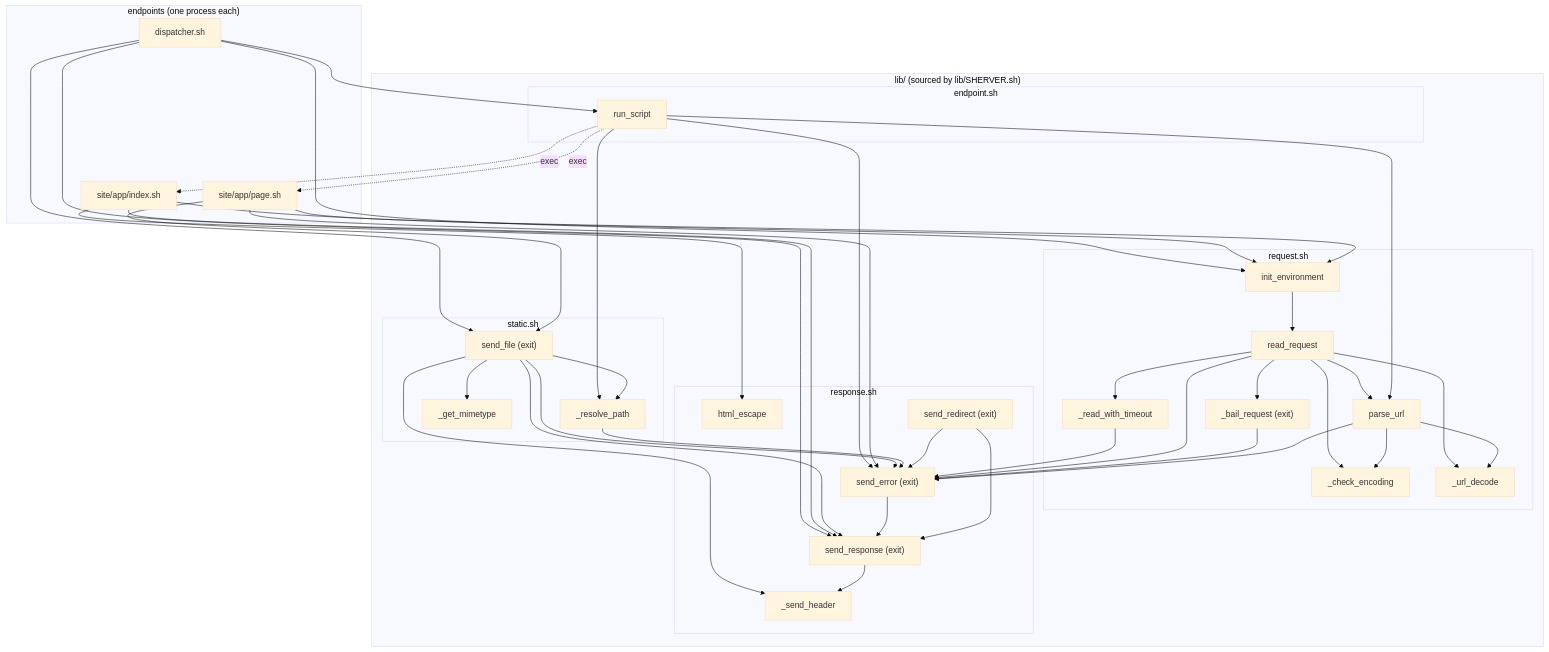
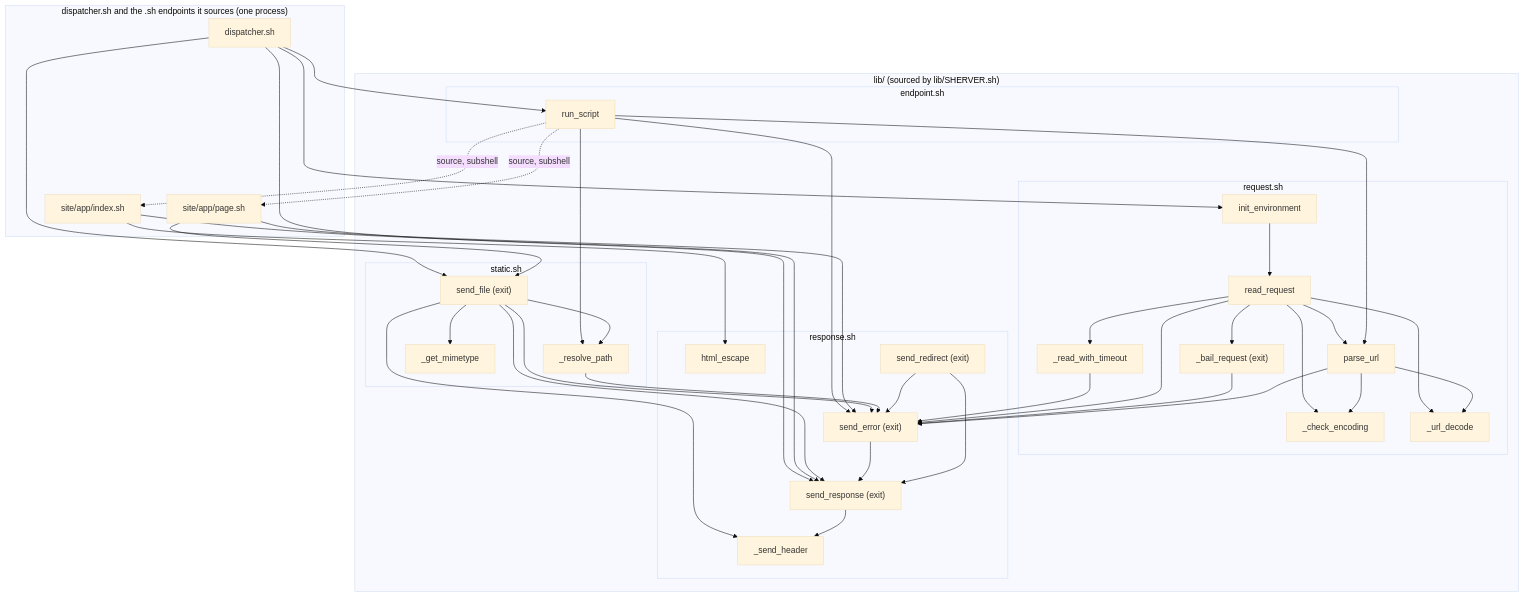
Before and after one commit to remileduc/sherver: the diagram in docs/call-graph.md, drawn with Mermaid (base theme). The commit also changed other lines of this file and 11 other files, not shown here.

First line of the commit message:
CGI 1.1 - Step 2: source bash endpoints

````diff
--- a/docs/call-graph.md
+++ b/docs/call-graph.md
@@ -40,77 +44,75 @@
 ```mermaid
 flowchart TD
-    subgraph endpoints ["endpoints (one process each)"]
+    subgraph endpoints ["dispatcher.sh and the .sh endpoints it sources (one process)"]
         dispatcher[dispatcher.sh]
         index[site/app/index.sh]
         page[site/app/page.sh]
     end
 
     subgraph library ["lib/ (sourced by lib/SHERVER.sh)"]
         subgraph request ["request.sh"]
             init_environment
             read_request
             bail_request["_bail_request (exit)"]
             read_with_timeout[_read_with_timeout]
             parse_url
             check_encoding[_check_encoding]
             url_decode[_url_decode]
         end
         subgraph response ["response.sh"]
             html_escape
             send_header[_send_header]
             send_response["send_response (exit)"]
             send_error["send_error (exit)"]
             send_redirect["send_redirect (exit)"]
         end
         subgraph static ["static.sh"]
             resolve_path[_resolve_path]
             get_mimetype[_get_mimetype]
             send_file["send_file (exit)"]
         end
         subgraph endpoint ["endpoint.sh"]
             run_script
         end
     end
 
     dispatcher --> init_environment
     dispatcher --> send_file
     dispatcher --> run_script
     dispatcher --> send_response
 
     init_environment --> read_request
     read_request --> read_with_timeout
     read_with_timeout --> send_error
     read_request --> bail_request
     read_request --> check_encoding
     read_request --> parse_url
     read_request --> url_decode
     read_request --> send_error
     bail_request --> send_error
     parse_url --> check_encoding
     parse_url --> url_decode
     parse_url --> send_error
 
     run_script --> parse_url
     run_script --> resolve_path
     run_script --> send_error
-    run_script -. exec .-> index
-    run_script -. exec .-> page
+    run_script -. source, subshell .-> index
+    run_script -. source, subshell .-> page
 
-    index --> init_environment
     index --> html_escape
     index --> send_response
-    page --> init_environment
     page --> send_error
     page --> send_file
 
     send_file --> resolve_path
     send_file --> get_mimetype
     send_file --> send_response
     send_file --> send_header
     send_file --> send_error
     resolve_path --> send_error
     send_error --> send_response
     send_redirect --> send_response
     send_redirect --> send_error
     send_response --> send_header
 ```
````
